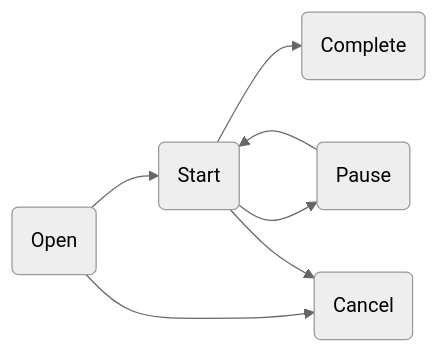
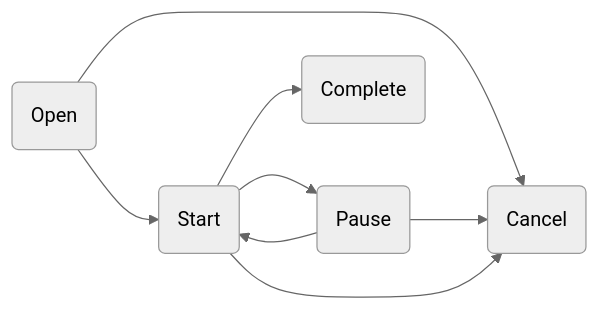
Before and after one commit to Patrick3131/Tentacles: the second of 2 diagrams in README.md, drawn with Mermaid (neutral theme). The commit also changed other lines of this file and 4 other files, not shown here.

````diff
--- a/README.md
+++ b/README.md
@@ -117,10 +149,10 @@
 ```mermaid
 graph LR
 A(Open) --> B(Start)
-A(Open) --> E(Cancel)
-B(Start) --> C(Pause)
-B(Start) --> D(Complete)
-B(Start) --> E(Cancel)
-C(Pause) --> B(Start)
-
+A --> E
+B --> C(Pause)
+C --> B
+B --> D(Complete)
+C --> E
+B --> E(Cancel)
 ```
````
